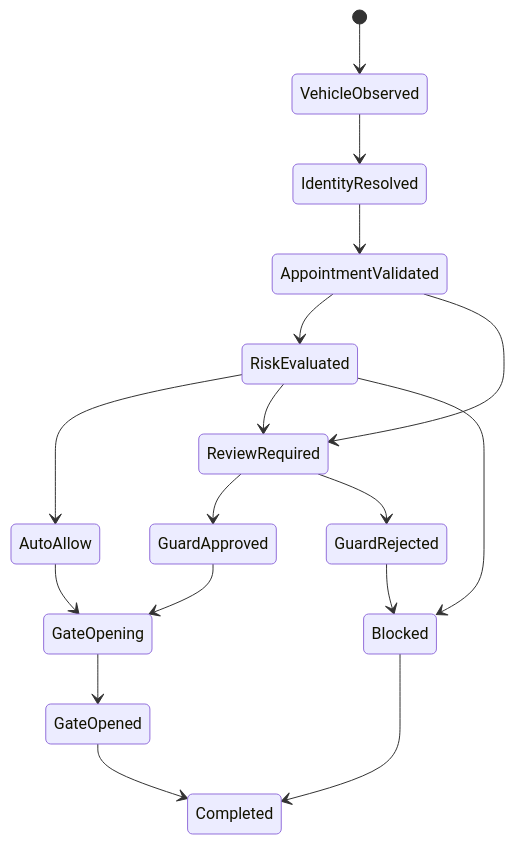
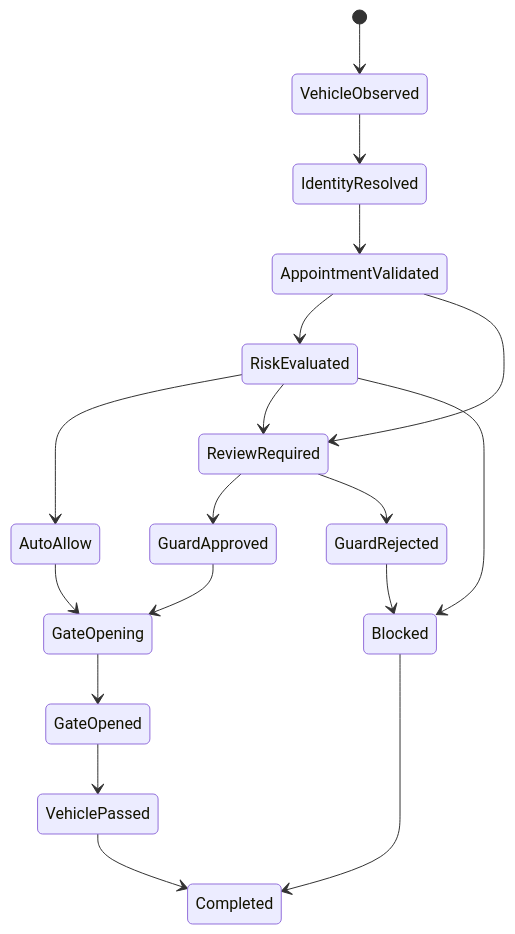
The third of 7 diagrams in docs/smart-gate-system-design.md (vHozang/ev-smart-gate), drawn with Mermaid before and after one commit. The commit also changed other lines of this file and 12 other files, not shown here.

Commit message:
feat: implement interactive EVN Smart-Gate MVP demo dashboard with vehicle visualization and scenario controllers

````diff
--- a/docs/smart-gate-system-design.md
+++ b/docs/smart-gate-system-design.md
@@ -555,24 +556,25 @@
 ```mermaid
 stateDiagram-v2
     [*] --> VehicleObserved
     VehicleObserved --> IdentityResolved
     IdentityResolved --> AppointmentValidated
 
     AppointmentValidated --> RiskEvaluated
     AppointmentValidated --> ReviewRequired
 
     RiskEvaluated --> AutoAllow
     RiskEvaluated --> ReviewRequired
     RiskEvaluated --> Blocked
 
     ReviewRequired --> GuardApproved
     ReviewRequired --> GuardRejected
 
     AutoAllow --> GateOpening
     GuardApproved --> GateOpening
     GuardRejected --> Blocked
 
     GateOpening --> GateOpened
-    GateOpened --> Completed
+    GateOpened --> VehiclePassed
+    VehiclePassed --> Completed
     Blocked --> Completed
 ```
````
